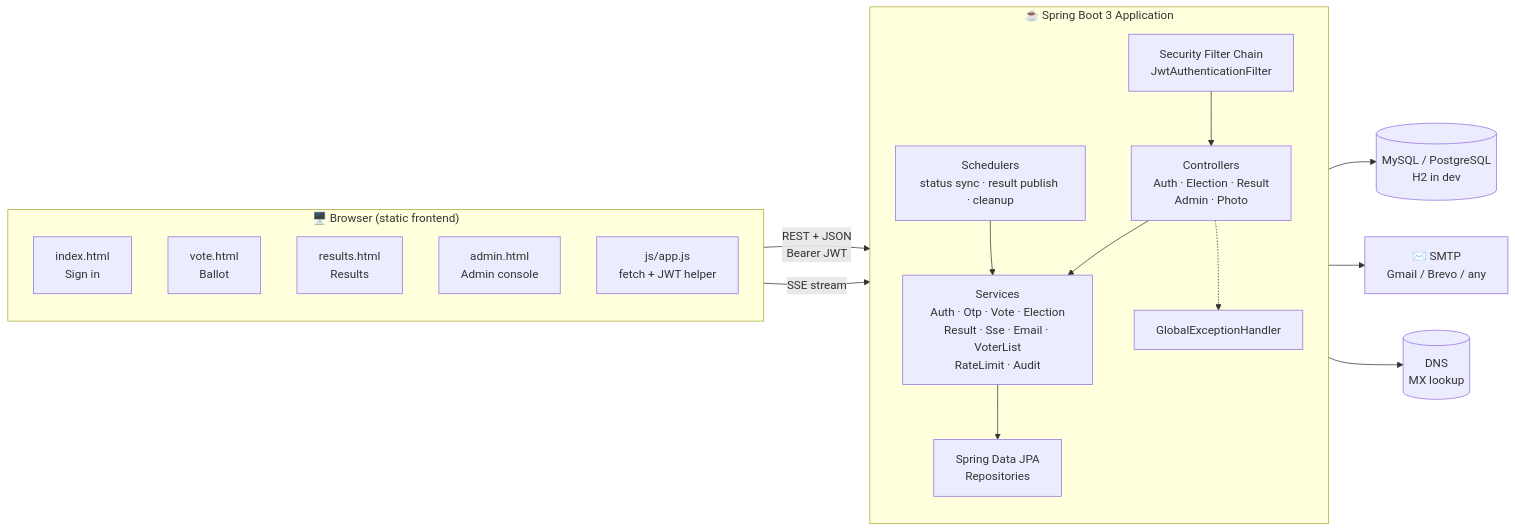
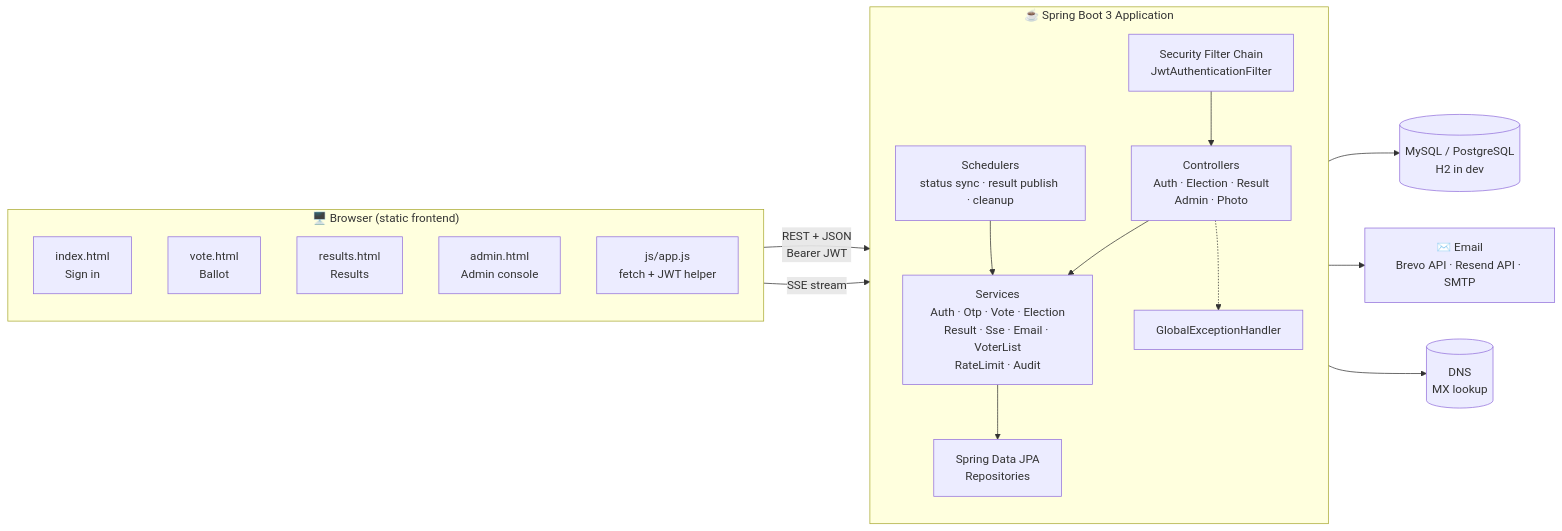
One commit to itz-Arun-001/online_voting_system changed the fifth of 6 diagrams in README.md. Above: the diagram before and after it, drawn with Mermaid. The commit also changed other lines of this file and 1 other file, not shown here.

Commit message:
Update README: email providers, quick start, config, deployment

````diff
--- a/README.md
+++ b/README.md
@@ -171,33 +173,33 @@
 ```mermaid
 flowchart LR
     subgraph Client["🖥️ Browser (static frontend)"]
         P1[index.html<br/>Sign in]
         P2[vote.html<br/>Ballot]
         P3[results.html<br/>Results]
         P4[admin.html<br/>Admin console]
         JS[js/app.js<br/>fetch + JWT helper]
     end
 
     subgraph Server["☕ Spring Boot 3 Application"]
         direction TB
         SEC[Security Filter Chain<br/>JwtAuthenticationFilter]
         CTRL[Controllers<br/>Auth · Election · Result<br/>Admin · Photo]
         SVC[Services<br/>Auth · Otp · Vote · Election<br/>Result · Sse · Email · VoterList<br/>RateLimit · Audit]
         REPO[Spring Data JPA<br/>Repositories]
         SCH[Schedulers<br/>status sync · result publish · cleanup]
         EXH[GlobalExceptionHandler]
         SEC --> CTRL --> SVC --> REPO
         SCH --> SVC
         CTRL -.-> EXH
     end
 
     DB[(MySQL / PostgreSQL<br/>H2 in dev)]
-    MAIL[✉️ SMTP<br/>Gmail / Brevo / any]
+    MAIL[✉️ Email<br/>Brevo API · Resend API · SMTP]
     DNS[(DNS<br/>MX lookup)]
 
     Client -- "REST + JSON<br/>Bearer JWT" --> SEC
     Client -- "SSE stream" --> CTRL
     REPO --> DB
     SVC --> MAIL
     SVC --> DNS
 ```
````
